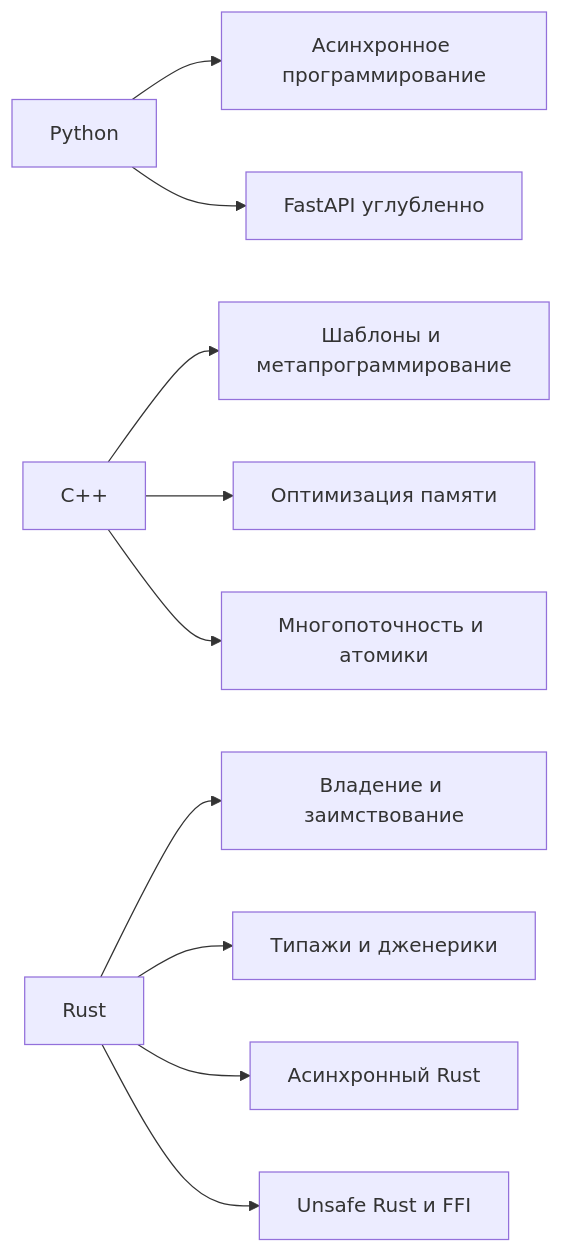
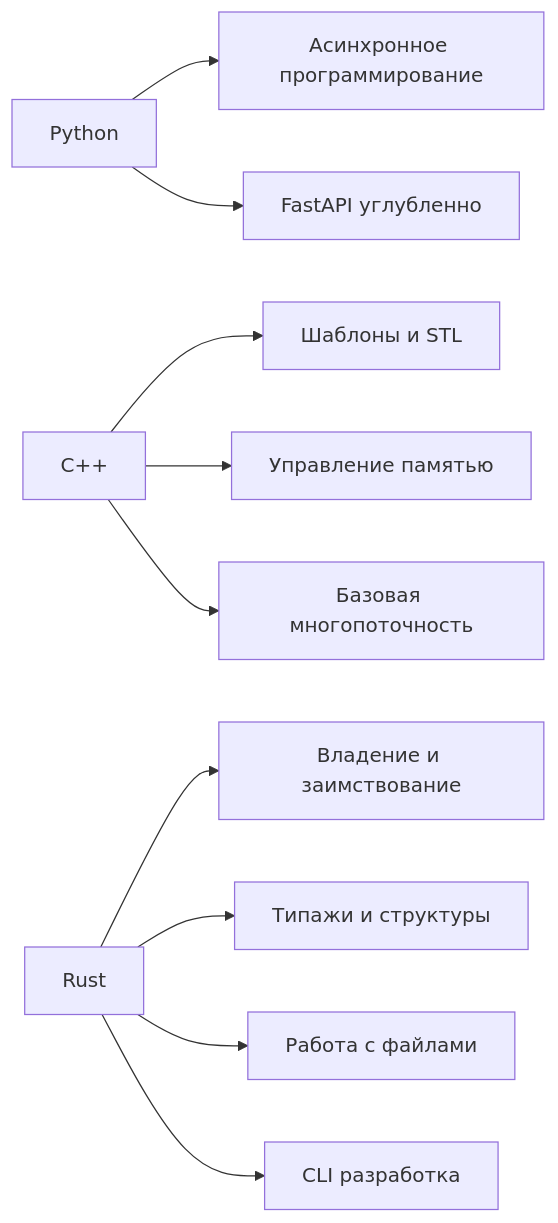
Before and after one commit to Lewis-star-alt/Lewis-star-alt: the first of 2 diagrams in README.md, drawn with Mermaid. The commit also changed other lines of this file, not shown here.

````diff
--- a/README.md
+++ b/README.md
@@ -70,12 +94,12 @@
 ```mermaid
 graph LR
 A[Python] --> B[Асинхронное программирование]
 A --> C[FastAPI углубленно]
-D[C++] --> E[Шаблоны и метапрограммирование]
-D --> F[Оптимизация памяти]
-D --> G[Многопоточность и атомики]
+D[C++] --> E[Шаблоны и STL]
+D --> F[Управление памятью]
+D --> G[Базовая многопоточность]
 H[Rust] --> I[Владение и заимствование]
-H --> J[Типажи и дженерики]
-H --> K[Асинхронный Rust]
-H --> L[Unsafe Rust и FFI]
+H --> J[Типажи и структуры]
+H --> K[Работа с файлами]
+H --> L[CLI разработка]
 ```
````
